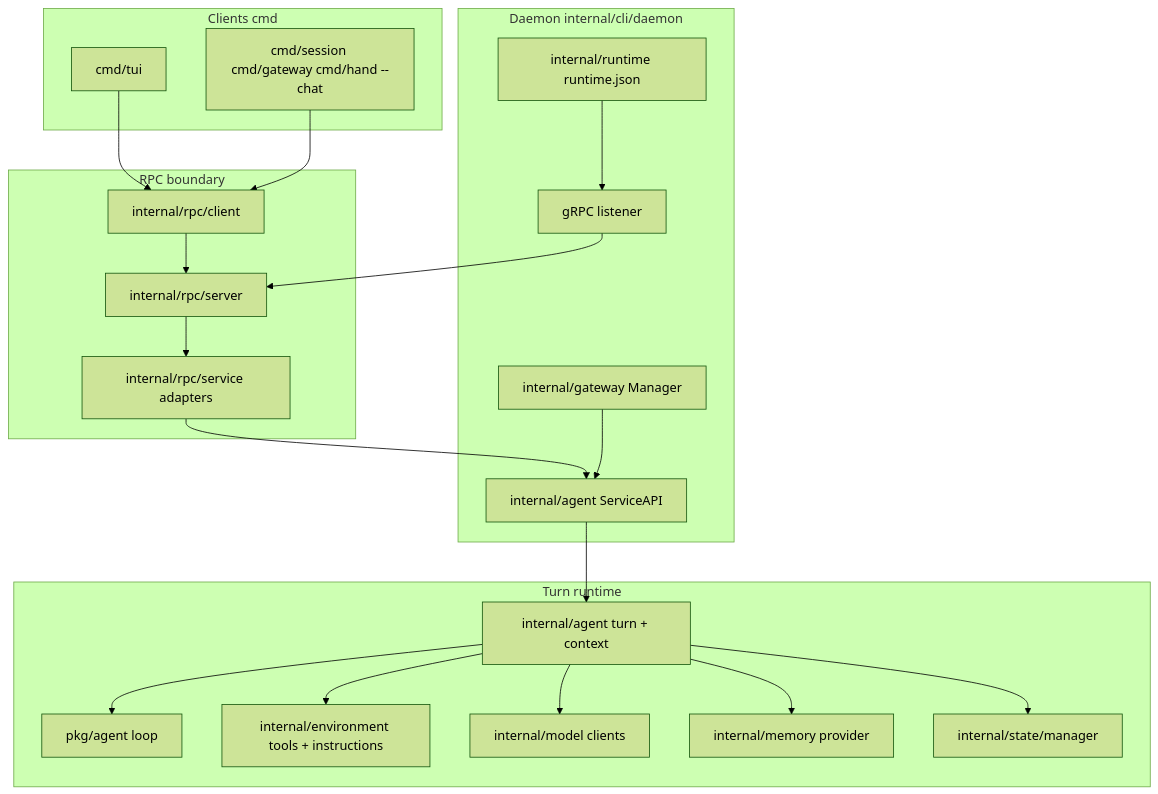
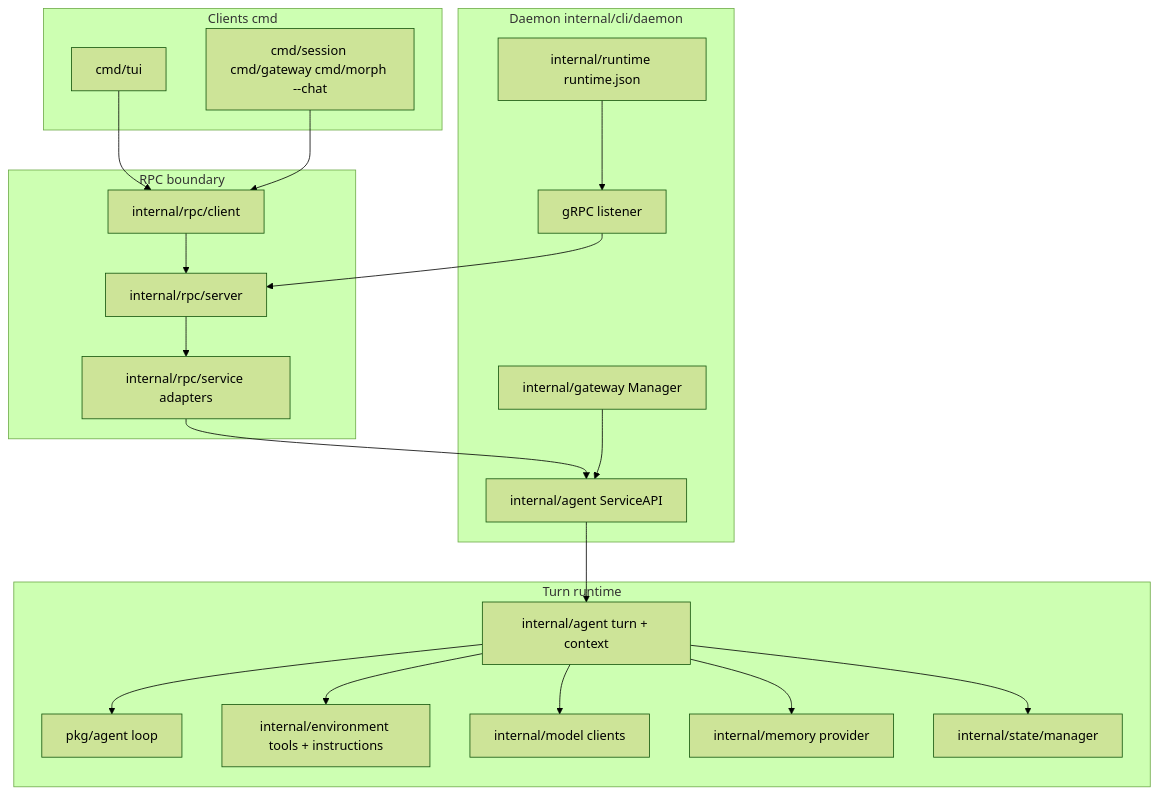
Before and after one commit to ncodes/hand: the diagram in website/docs/docs/development/architecture.md, drawn with Mermaid (forest theme). The commit also changed other lines of this file and 59 other files, not shown here.

First line of the commit message:
docs(website)!: rebrand Hand site assets and docs to Morph

````diff
--- a/website/docs/docs/development/architecture.md
+++ b/website/docs/docs/development/architecture.md
@@ -41,44 +41,44 @@
 ```mermaid
 flowchart TB
   subgraph clients [Clients cmd]
     TUI[cmd/tui]
-    CLI[cmd/session cmd/gateway cmd/hand --chat]
+    CLI[cmd/session cmd/gateway cmd/morph --chat]
   end
 
   subgraph rpc [RPC boundary]
     Client[internal/rpc/client]
     Server[internal/rpc/server]
     Service[internal/rpc/service adapters]
   end
 
   subgraph daemon [Daemon internal/cli/daemon]
     Agent[internal/agent ServiceAPI]
     GW[internal/gateway Manager]
     RPCListen[gRPC listener]
     Runtime[internal/runtime runtime.json]
   end
 
   subgraph runtime [Turn runtime]
     Turn[internal/agent turn + context]
     Core[pkg/agent loop]
     Env[internal/environment tools + instructions]
     Models[internal/model clients]
     Mem[internal/memory provider]
     Store[internal/state/manager]
   end
 
   TUI --> Client
   CLI --> Client
   Client --> Server
   Server --> Service
   Service --> Agent
   RPCListen --> Server
   Runtime --> RPCListen
   Agent --> Turn
   Turn --> Core
   Turn --> Env
   Turn --> Models
   Turn --> Mem
   Turn --> Store
   GW --> Agent
 ```
````
